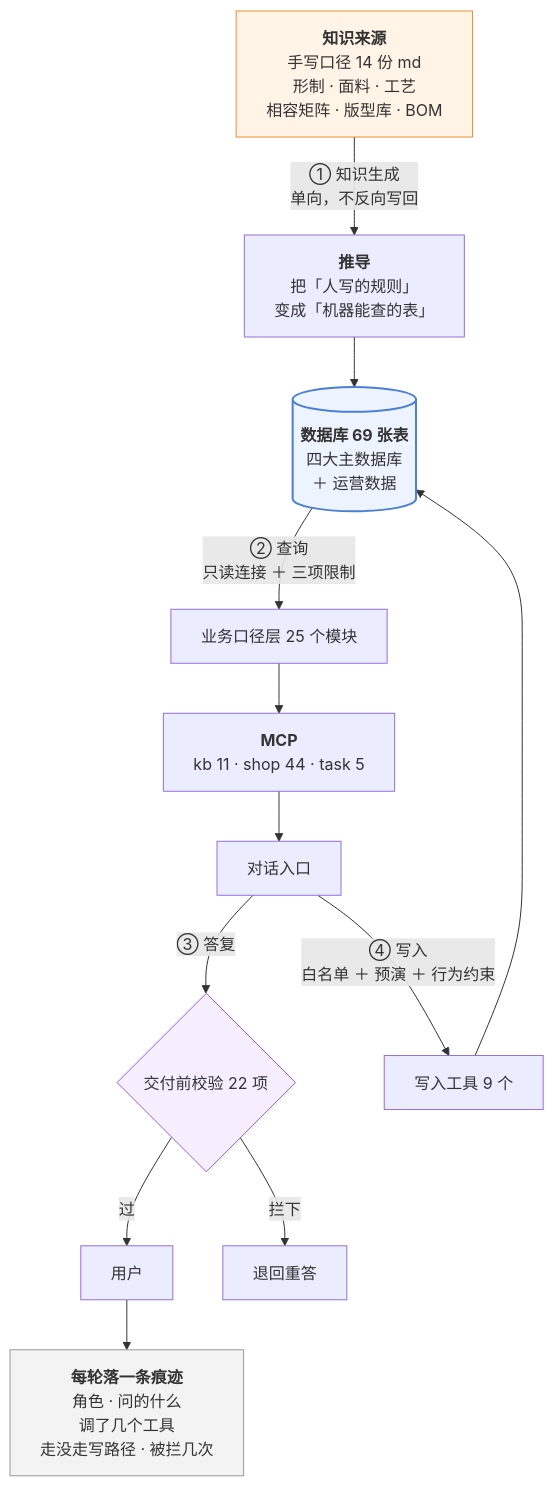
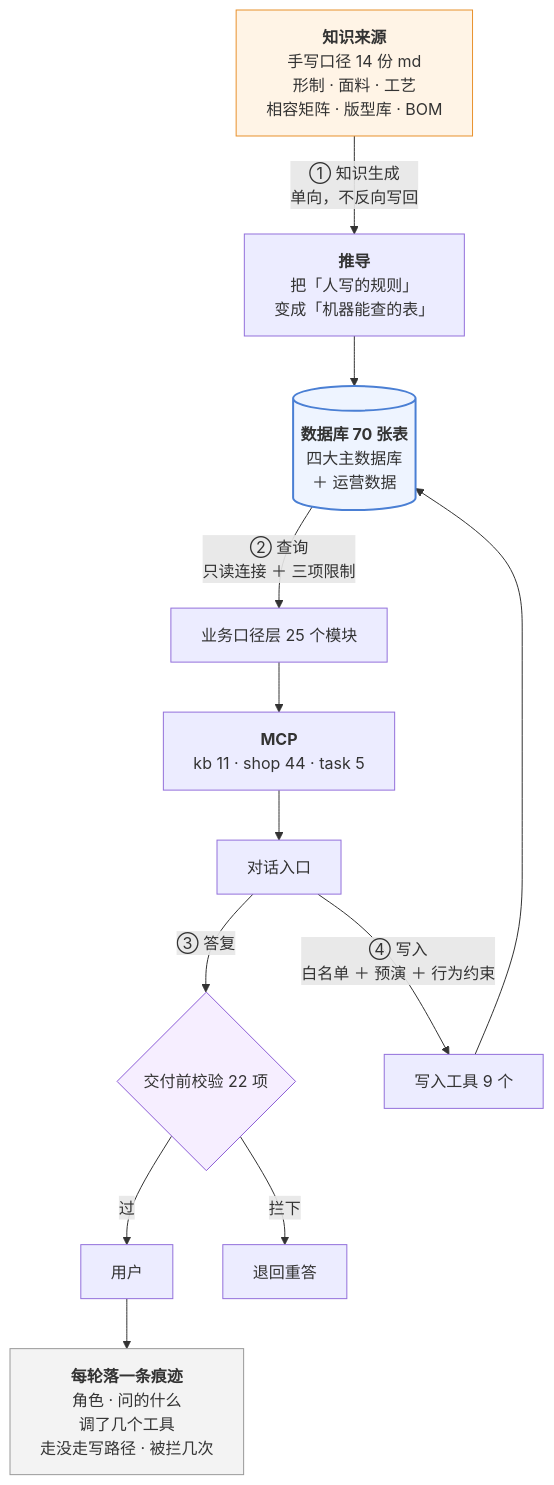
Before and after one commit to 843773296-rgb/lanxiu-yunshang-agent: the third of 4 diagrams in 澜绣云裳agent-产品需求文档.md, drawn with Mermaid. The commit also changed other lines of this file and 4 other files, not shown here.

````diff
--- a/澜绣云裳agent-产品需求文档.md
+++ b/澜绣云裳agent-产品需求文档.md
@@ -375,24 +375,24 @@
 ```mermaid
 flowchart TD
     MD["<b>知识来源</b><br/>手写口径 14 份 md<br/>形制 · 面料 · 工艺<br/>相容矩阵 · 版型库 · BOM"]
     MD -->|"① 知识生成<br/>单向，不反向写回"| DV["<b>推导</b><br/>把「人写的规则」<br/>变成「机器能查的表」"]
-    DV --> DB[("<b>数据库 69 张表</b><br/>四大主数据库<br/>＋ 运营数据")]
+    DV --> DB[("<b>数据库 70 张表</b><br/>四大主数据库<br/>＋ 运营数据")]
 
     DB -->|"② 查询<br/>只读连接 ＋ 三项限制"| KJ["业务口径层 25 个模块"]
     KJ --> MCP["<b>MCP</b><br/>kb 11 · shop 44 · task 5"]
     MCP --> LLM["对话入口"]
 
     LLM -->|"③ 答复"| GD{"交付前校验 22 项"}
     GD -- 过 --> U["用户"]
     GD -- 拦下 --> RE["退回重答"]
 
     LLM -->|"④ 写入<br/>白名单 ＋ 预演 ＋ 行为约束"| W["写入工具 9 个"]
     W --> DB
 
     U --> TR["<b>每轮落一条痕迹</b><br/>角色 · 问的什么<br/>调了几个工具<br/>走没走写路径 · 被拦几次"]
 
     style MD fill:#fff4e6,stroke:#e8912d
     style DB fill:#eef4ff,stroke:#4a7fd4,stroke-width:2px
     style GD fill:#f6eeff,stroke:#8b5cd6
     style TR fill:#f3f3f3,stroke:#999
 ```
````
